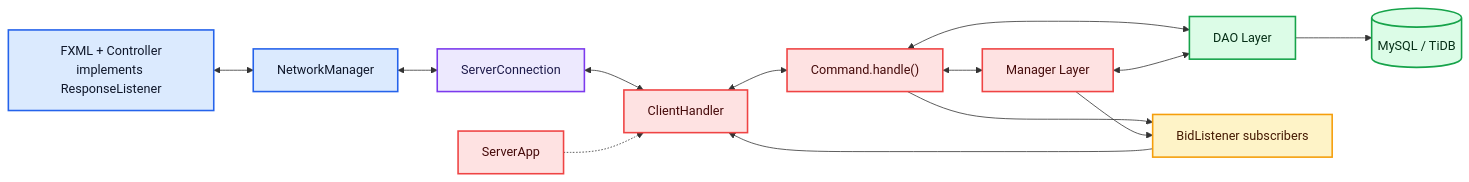
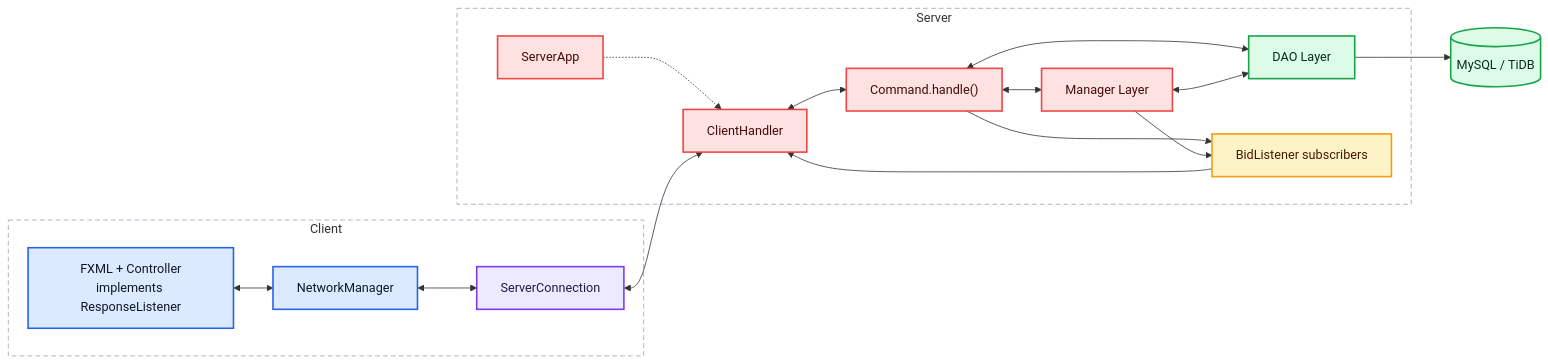
One commit to vuminhlong15122007-lab/SnowFlake changed the diagram in README.md. Above: the diagram before and after it, drawn with Mermaid.

Commit message:
update 01.20.07d : bản vá sơ đồ readme

````diff
--- a/README.md
+++ b/README.md
@@ -67,38 +67,47 @@
 ```mermaid
 flowchart LR
-    UI["FXML + Controller<br/>implements ResponseListener"]
-    NM["NetworkManager"]
-    SC["ServerConnection"]
-    SA["ServerApp"]
-    CH["ClientHandler"]
-    CMD["Command.handle()"]
-    M["Manager Layer"]
-    DAO["DAO Layer"]
-    DB[("MySQL / TiDB")]
-    OBS["BidListener subscribers"]
+    subgraph CLIENT["Client"]
+        UI["FXML + Controller<br/>implements ResponseListener"]
+        NM["NetworkManager"]
+        SC["ServerConnection"]
 
-    UI <--> NM
-    NM <--> SC
+        UI <--> NM
+        NM <--> SC
+    end
+
+    subgraph SERVER["Server"]
+        SA["ServerApp"]
+        CH["ClientHandler"]
+        CMD["Command.handle()"]
+        M["Manager Layer"]
+        DAO["DAO Layer"]
+        OBS["BidListener subscribers"]
+
+        SA -.-> CH
+        CH <--> CMD
+        CMD <--> M
+        CMD <--> DAO
+        M <--> DAO
+        CMD --> OBS
+        M --> OBS
+        OBS --> CH
+    end
+
     SC <--> CH
-    SA -.-> CH
-    CH <--> CMD
-    CMD <--> M
-    CMD <--> DAO
-    M <--> DAO
-    DAO --> DB
-    CMD --> OBS
-    M --> OBS
-    OBS --> CH
+    DAO --> DB[("MySQL / TiDB")]
 
     classDef client fill:#dbeafe,stroke:#2563eb,stroke-width:2px,color:#0f172a
     classDef socket fill:#ede9fe,stroke:#7c3aed,stroke-width:2px,color:#1e1b4b
     classDef server fill:#fee2e2,stroke:#ef4444,stroke-width:2px,color:#450a0a
     classDef data fill:#dcfce7,stroke:#16a34a,stroke-width:2px,color:#052e16
     classDef realtime fill:#fef3c7,stroke:#f59e0b,stroke-width:2px,color:#451a03
 
     class UI,NM client
     class SC socket
     class SA,CH,CMD,M server
     class DAO,DB data
     class OBS realtime
+
+    style CLIENT fill:#ffffff,stroke:#94a3b8,stroke-width:1px,stroke-dasharray: 6 4
+    style SERVER fill:#ffffff,stroke:#94a3b8,stroke-width:1px,stroke-dasharray: 6 4
 ```
````
